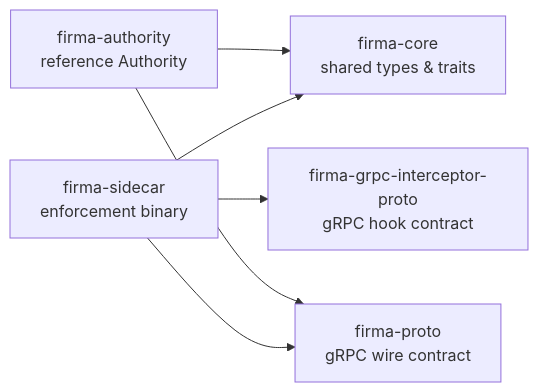
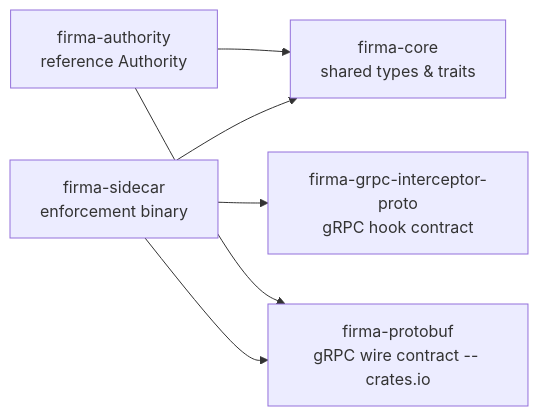
Before and after one commit to Firma-AI/openfirma: the first of 10 diagrams in docs/architecture/sidecar-overview.md, drawn with Mermaid. The commit also changed other lines of this file and 37 other files, not shown here.

First line of the commit message:
refactor(proto): replace firma-protobuf submodule with crates.io crate

````diff
--- a/docs/architecture/sidecar-overview.md
+++ b/docs/architecture/sidecar-overview.md
@@ -30,14 +30,14 @@
 ```mermaid
 graph LR
     core[firma-core<br/>shared types & traits]
-    proto[firma-proto<br/>gRPC wire contract]
+    proto[firma-protobuf<br/>gRPC wire contract -- crates.io]
     grpcproto[firma-grpc-interceptor-proto<br/>gRPC hook contract]
     sidecar[firma-sidecar<br/>enforcement binary]
     authority[firma-authority<br/>reference Authority]
 
     sidecar --> core
     sidecar --> proto
     sidecar --> grpcproto
     authority --> core
     authority --> proto
 ```
````
